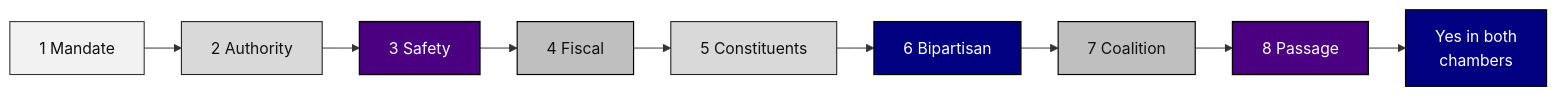
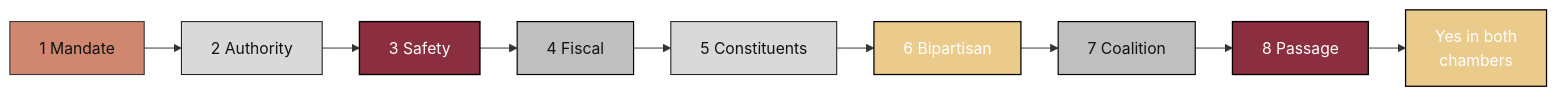
The first of 5 diagrams in README.md (kevinkawchak/law-physical-ai-trials), drawn with Mermaid before and after one commit.

````diff
--- a/README.md
+++ b/README.md
@@ -38,19 +38,19 @@
 ```mermaid
 %%{init: {'theme':'base','themeVariables':{'fontFamily':'Helvetica, Arial, sans-serif','lineColor':'#333333','primaryTextColor':'#111111'},'flowchart':{'curve':'natural','nodeSpacing':24,'rankSpacing':38,'htmlLabels':true}}}%%
 flowchart LR
   Q1["1 Mandate"]:::n1
   Q2["2 Authority"]:::n2
   Q3["3 Safety"]:::act
   Q4["4 Fiscal"]:::n3
   Q5["5 Constituents"]:::n2
   Q6["6 Bipartisan"]:::evid
   Q7["7 Coalition"]:::n3
   Q8["8 Passage"]:::act
   YES["Yes in both<br/>chambers"]:::evid
   Q1 --> Q2 --> Q3 --> Q4 --> Q5 --> Q6 --> Q7 --> Q8 --> YES
-  classDef act fill:#4B0082,stroke:#000000,stroke-width:1.4px,color:#ffffff
-  classDef evid fill:#000080,stroke:#000000,stroke-width:1.3px,color:#ffffff
-  classDef n1 fill:#F2F2F2,stroke:#333333,stroke-width:1.1px,color:#111111
+  classDef act fill:#8B2E3F,stroke:#000000,stroke-width:1.4px,color:#ffffff
+  classDef evid fill:#EBCB8B,stroke:#000000,stroke-width:1.3px,color:#ffffff
+  classDef n1 fill:#D08770,stroke:#333333,stroke-width:1.1px,color:#111111
   classDef n2 fill:#D9D9D9,stroke:#222222,stroke-width:1.1px,color:#111111
   classDef n3 fill:#BFBFBF,stroke:#000000,stroke-width:1.2px,color:#111111
 ```
````
